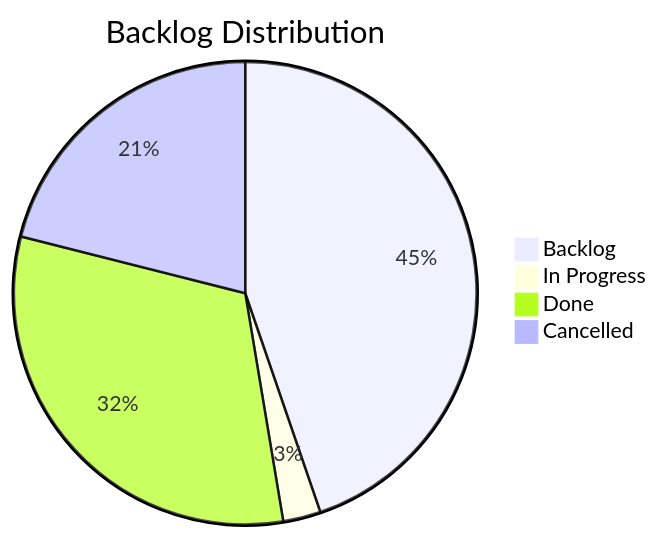
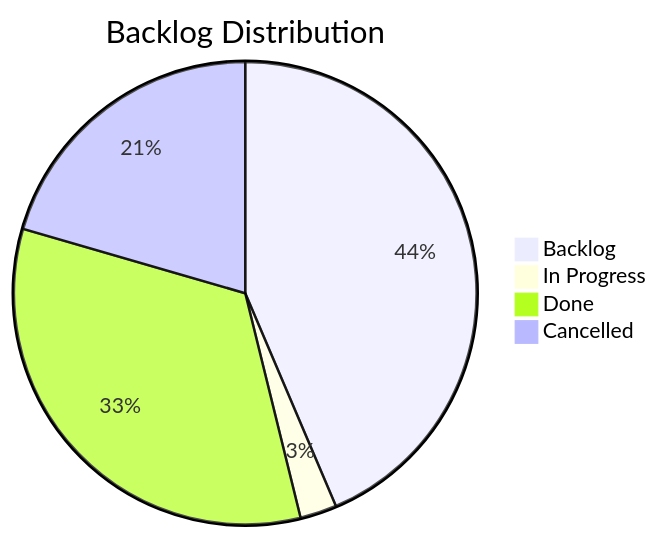
Before and after one commit to TheCodeCreature/Hytale-Example-Plugin: the diagram in docs/board.md, drawn with Mermaid. The commit also changed other lines of this file and 3 other files, not shown here.

````diff
--- a/docs/board.md
+++ b/docs/board.md
@@ -7,7 +7,7 @@
 ```mermaid
 pie title Backlog Distribution
     "Backlog" : 17
     "In Progress" : 1
-    "Done" : 12
+    "Done" : 13
     "Cancelled" : 8
 ```
````
